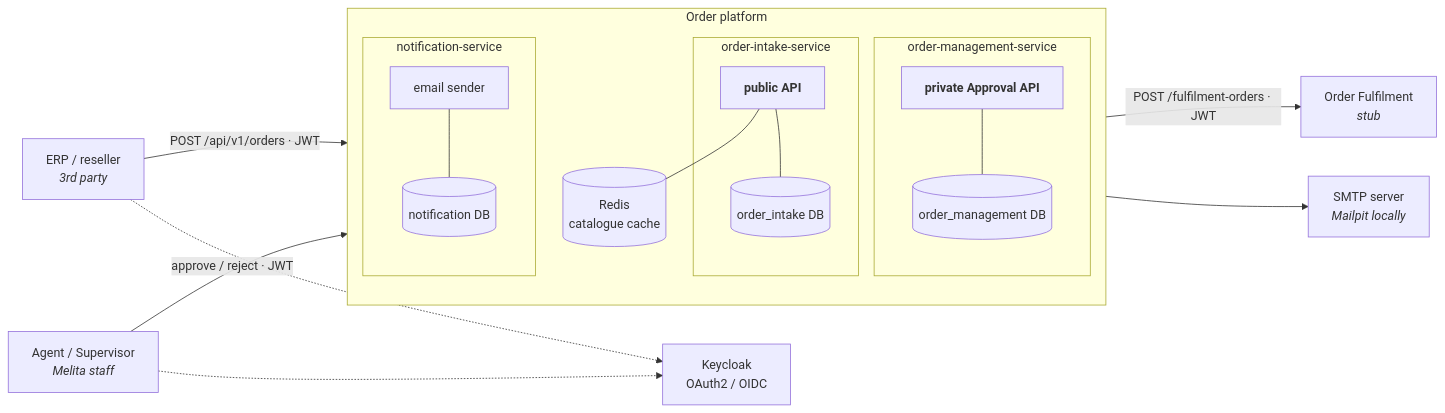
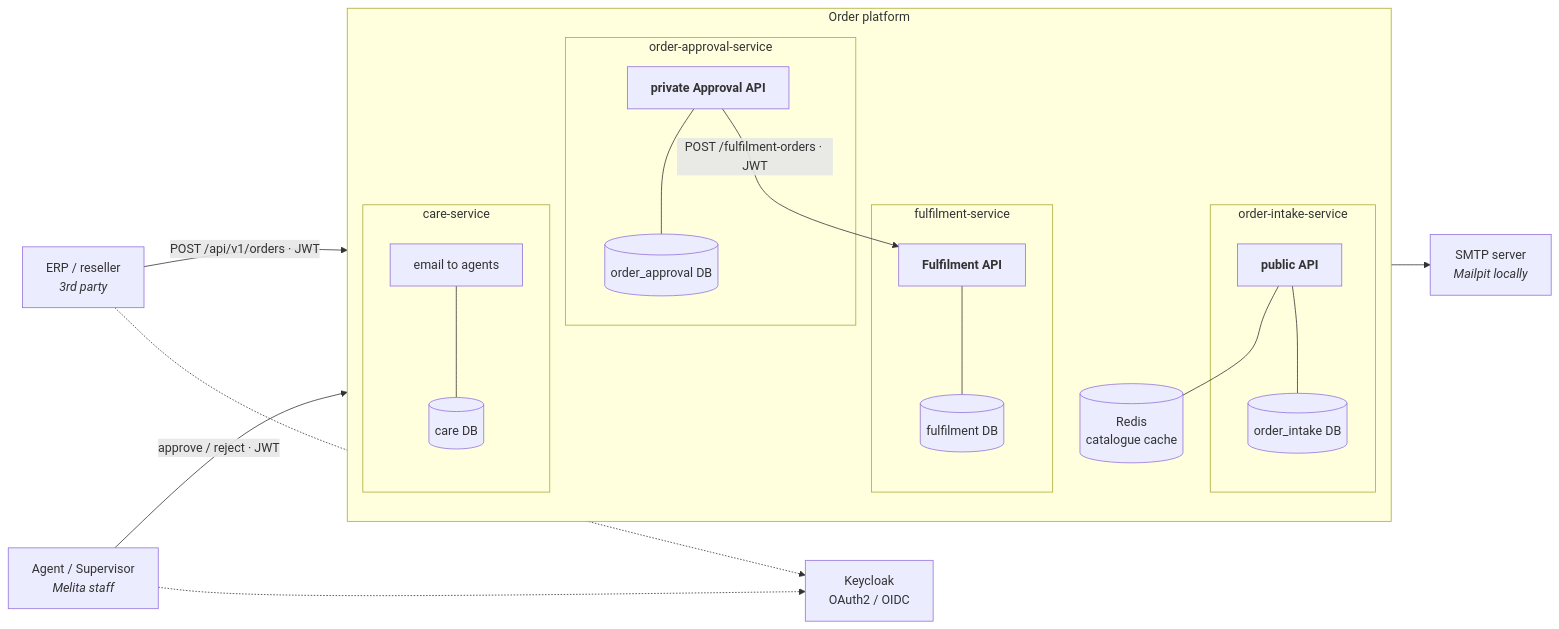
The first of 5 diagrams in docs/ARCHITECTURE.md (supriyathakur28/Melita), drawn with Mermaid before and after one commit. The commit also changed other lines of this file and 4 other files, not shown here.

First line of the commit message:
Document the four-service architecture; check Fulfilment in Postman

````diff
--- a/docs/ARCHITECTURE.md
+++ b/docs/ARCHITECTURE.md
@@ -75,38 +71,42 @@
 ```mermaid
 flowchart LR
     ERP["ERP / reseller<br/><i>3rd party</i>"]
     AGENT["Agent / Supervisor<br/><i>Melita staff</i>"]
     KC["Keycloak<br/>OAuth2 / OIDC"]
 
     subgraph PLATFORM["Order platform"]
         direction TB
         subgraph S1["order-intake-service"]
             OI["<b>public API</b>"]
             DB1[("order_intake DB")]
         end
-        subgraph S2["order-management-service"]
+        subgraph S2["order-approval-service"]
             OM["<b>private Approval API</b>"]
-            DB2[("order_management DB")]
+            DB2[("order_approval DB")]
         end
-        subgraph S3["notification-service"]
-            NS["email sender"]
-            DB3[("notification DB")]
+        subgraph S4["fulfilment-service"]
+            FUL["<b>Fulfilment API</b>"]
+            DB4[("fulfilment DB")]
+        end
+        subgraph S3["care-service"]
+            NS["email to agents"]
+            DB3[("care DB")]
         end
         R[("Redis<br/>catalogue cache")]
     end
 
-    FUL["Order Fulfilment<br/><i>stub</i>"]
     SMTP["SMTP server<br/><i>Mailpit locally</i>"]
 
     ERP -- "POST /api/v1/orders · JWT" --> OI
     AGENT -- "approve / reject · JWT" --> OM
     ERP -.-> KC
     AGENT -.-> KC
     OM -- "POST /fulfilment-orders · JWT" --> FUL
     NS --> SMTP
 
     OI --- DB1
     OM --- DB2
+    FUL --- DB4
     NS --- DB3
     OI --- R
 ```
````
